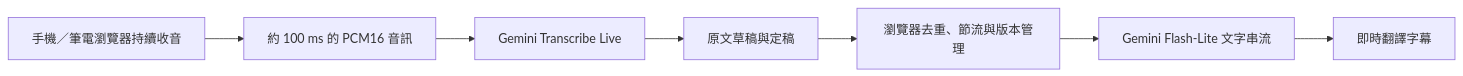
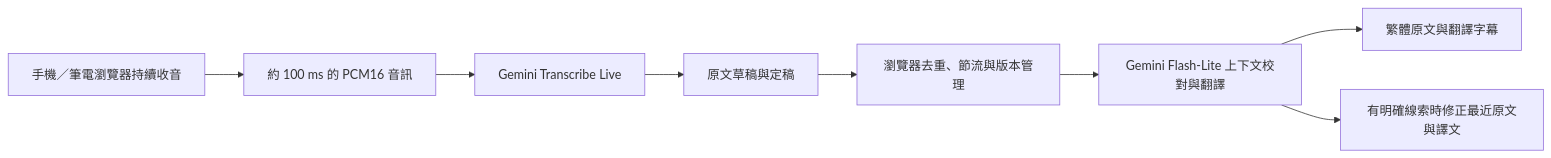
One commit to jerome956123/translator_system changed the diagram in realtime-text/README.zh-TW.md. Above: the diagram before and after it, drawn with Mermaid. The commit also changed other lines of this file and 26 other files, not shown here.

````diff
--- a/realtime-text/README.zh-TW.md
+++ b/realtime-text/README.zh-TW.md
@@ -92,9 +96,10 @@
 ```mermaid
 flowchart LR
     A[手機／筆電瀏覽器持續收音] --> B[約 100 ms 的 PCM16 音訊]
     B --> C[Gemini Transcribe Live]
     C --> D[原文草稿與定稿]
     D --> E[瀏覽器去重、節流與版本管理]
-    E --> F[Gemini Flash-Lite 文字串流]
-    F --> G[即時翻譯字幕]
+    E --> F[Gemini Flash-Lite 上下文校對與翻譯]
+    F --> G[繁體原文與翻譯字幕]
+    F --> H[有明確線索時修正最近原文與譯文]
 ```
````
